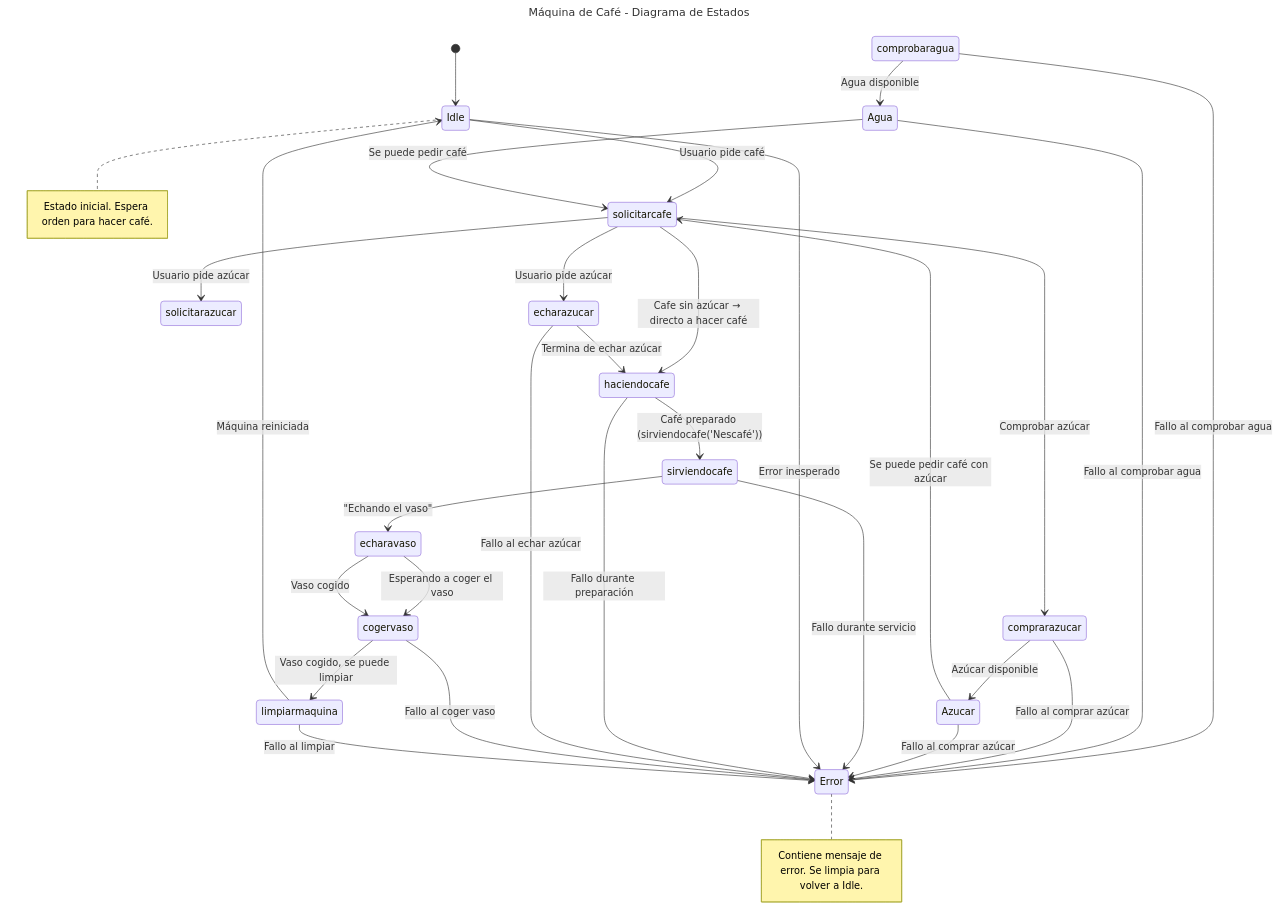
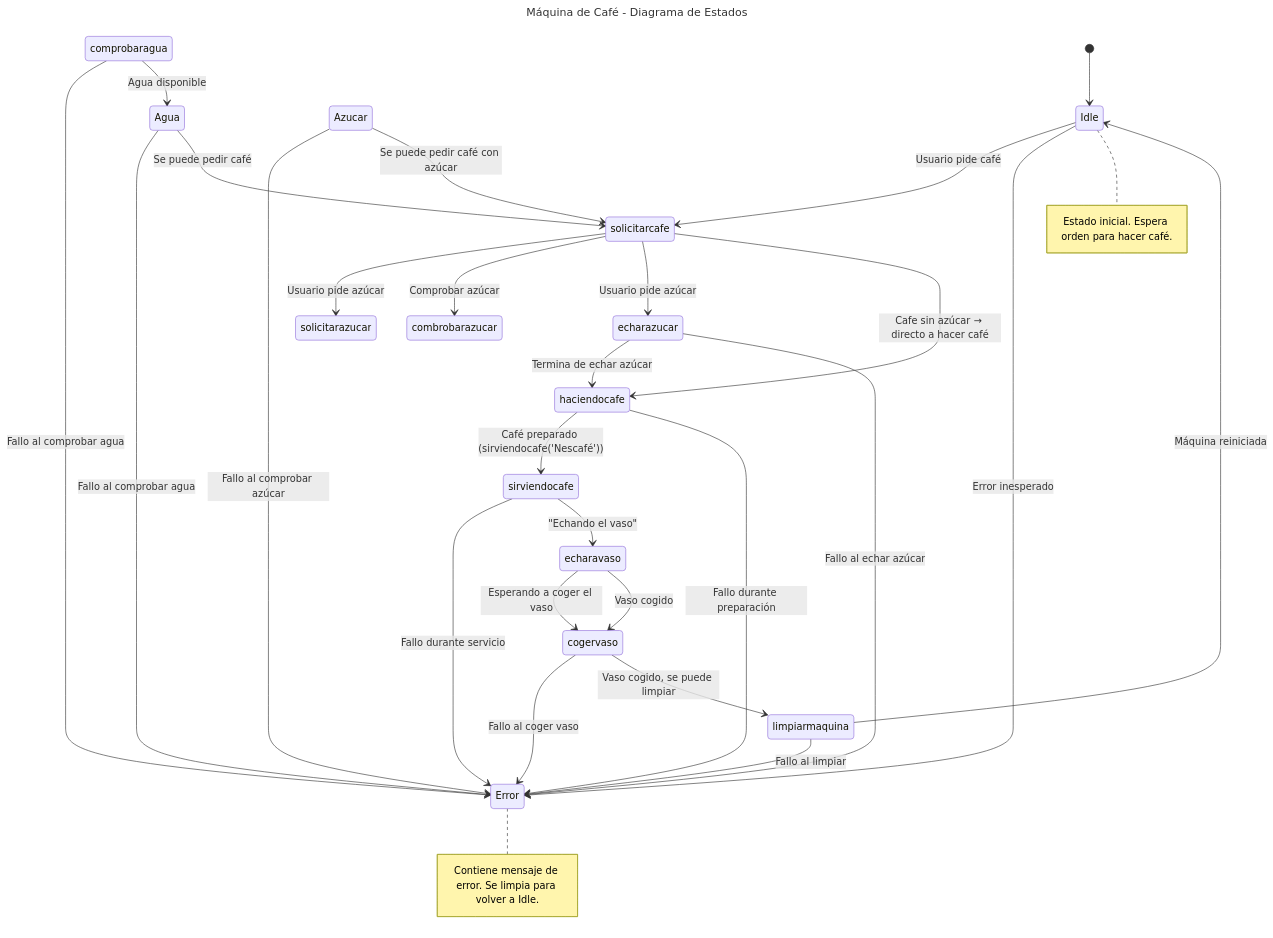
Before and after one commit to shermidagre/PMDM: the diagram in 1trabajo/src/diagrama.mmd, drawn with Mermaid.

Commit message:
random para probar

```diff
--- a/1trabajo/src/diagrama.mmd
+++ b/1trabajo/src/diagrama.mmd
@@ -1,33 +1,31 @@
 ---
 title: Máquina de Café - Diagrama de Estados
 ---
 stateDiagram-v2
 [*] --> Idle
 Idle --> solicitarcafe: Usuario pide café
 comprobaragua --> Error: Fallo al comprobar agua
 comprobaragua --> Agua: Agua disponible
 Agua --> Error: Fallo al comprobar agua
 Agua --> solicitarcafe: Se puede pedir café
 solicitarcafe --> solicitarazucar: Usuario pide azúcar
-solicitarcafe --> comprarazucar: Comprobar azúcar
-comprarazucar --> Error: Fallo al comprar azúcar
-comprarazucar --> Azucar: Azúcar disponible
-Azucar --> Error: Fallo al comprar azúcar
+solicitarcafe --> combrobarazucar: Comprobar azúcar
+Azucar --> Error: Fallo al comprobar azúcar
 Azucar --> solicitarcafe: Se puede pedir café con azúcar
 solicitarcafe --> echarazucar: Usuario pide azúcar
 solicitarcafe --> haciendocafe: Cafe sin azúcar → directo a hacer café
 echarazucar --> haciendocafe: Termina de echar azúcar
 haciendocafe --> sirviendocafe: Café preparado (sirviendocafe('Nescafé'))
 sirviendocafe --> Error: Fallo durante servicio
 Idle --> Error: Error inesperado
 haciendocafe --> Error: Fallo durante preparación
 echarazucar --> Error: Fallo al echar azúcar
 sirviendocafe --> echaravaso: "Echando el vaso"
 echaravaso --> cogervaso: Esperando a coger el vaso
 cogervaso --> Error: Fallo al coger vaso
 echaravaso --> cogervaso: Vaso cogido
 cogervaso --> limpiarmaquina:  Vaso cogido, se puede limpiar
 limpiarmaquina --> Idle: Máquina reiniciada
 limpiarmaquina --> Error: Fallo al limpiar
 note right of Idle: Estado inicial. Espera orden para hacer café.
 note right of Error: Contiene mensaje de error. Se limpia para volver a Idle.
```
